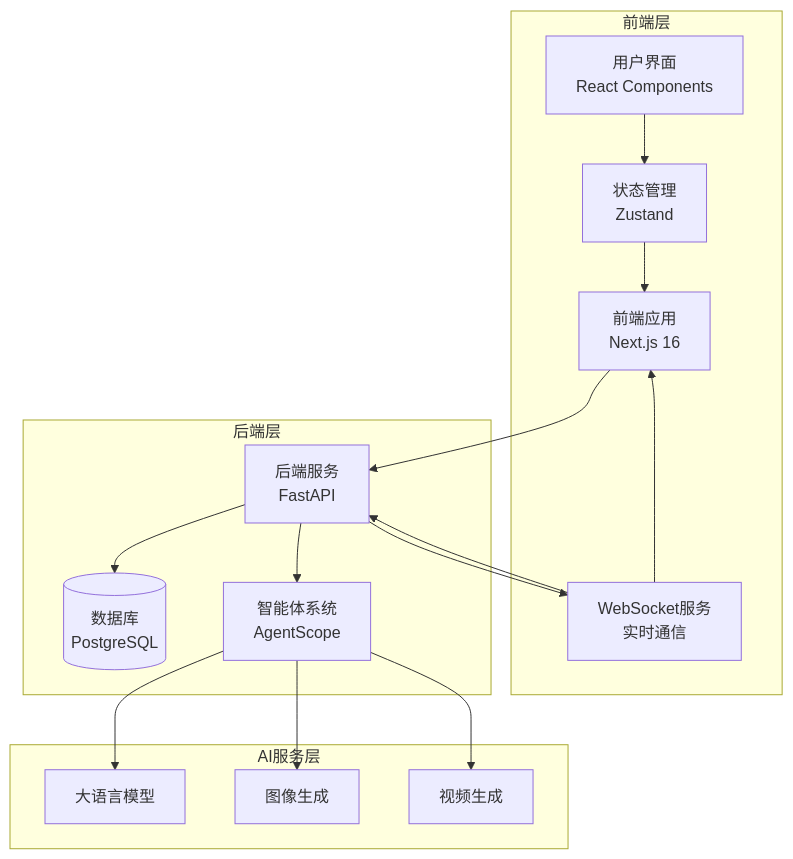
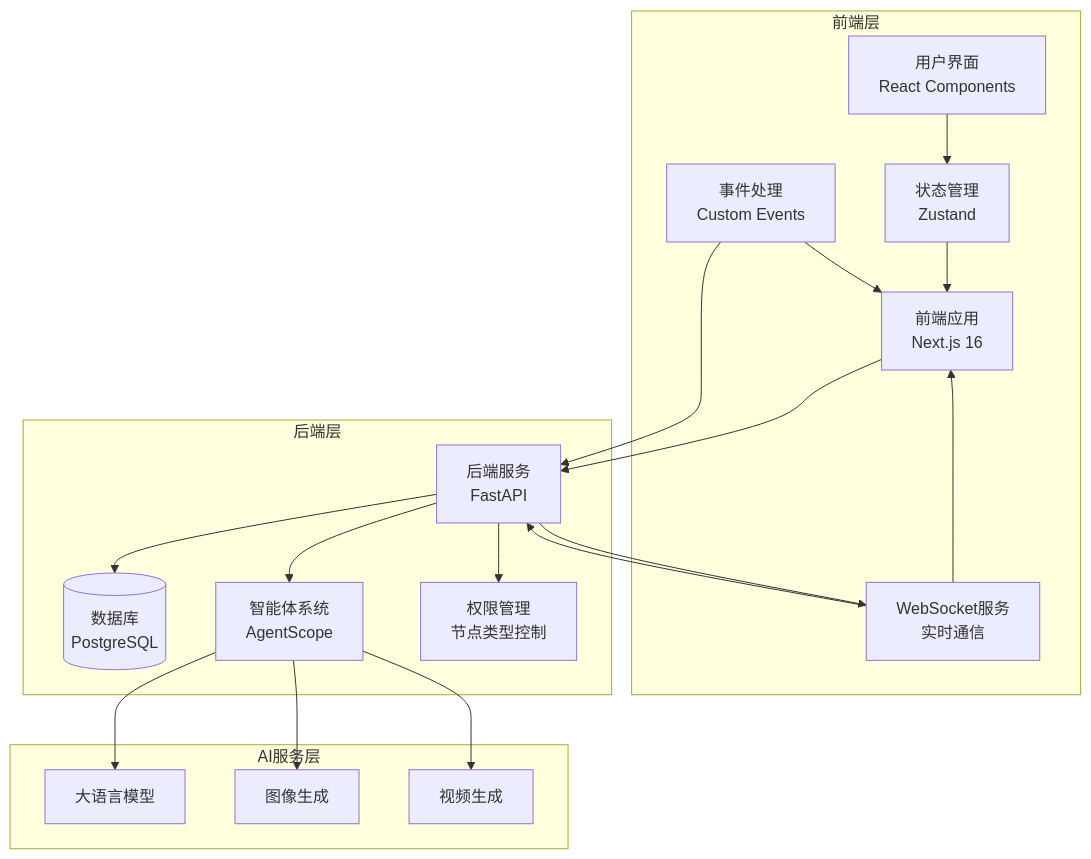
One commit to KunLabAI/KunFlix changed the first of 10 diagrams in .qoder/repowiki/zh/content/系统架构/剧院系统概览.md. Above: the diagram before and after it, drawn with Mermaid. The commit also changed other lines of this file and 15 other files, not shown here.

````diff
--- a/.qoder/repowiki/zh/content/系统架构/剧院系统概览.md
+++ b/.qoder/repowiki/zh/content/系统架构/剧院系统概览.md
@@ -61,31 +65,36 @@
 ```mermaid
 graph TB
 subgraph "前端层"
 FE[前端应用<br/>Next.js 16]
 Store[状态管理<br/>Zustand]
 UI[用户界面<br/>React Components]
 WS[WebSocket客户端<br/>实时通信]
+Events[事件处理<br/>Custom Events]
 end
 subgraph "后端层"
 BE[后端服务<br/>FastAPI]
 DB[(数据库<br/>PostgreSQL)]
 Agents[智能体系统<br/>AgentScope]
 WS[WebSocket服务<br/>实时通信]
+Permissions[权限管理<br/>节点类型控制]
 end
 subgraph "AI服务层"
 LLM[大语言模型]
 IMG[图像生成]
 VID[视频生成]
 end
 FE --> BE
 BE --> DB
 BE --> Agents
 BE --> WS
+BE --> Permissions
 Agents --> LLM
 Agents --> IMG
 Agents --> VID
 Store --> FE
 UI --> Store
 WS --> FE
 WS --> BE
+Events --> FE
+Events --> BE
 ```
````
